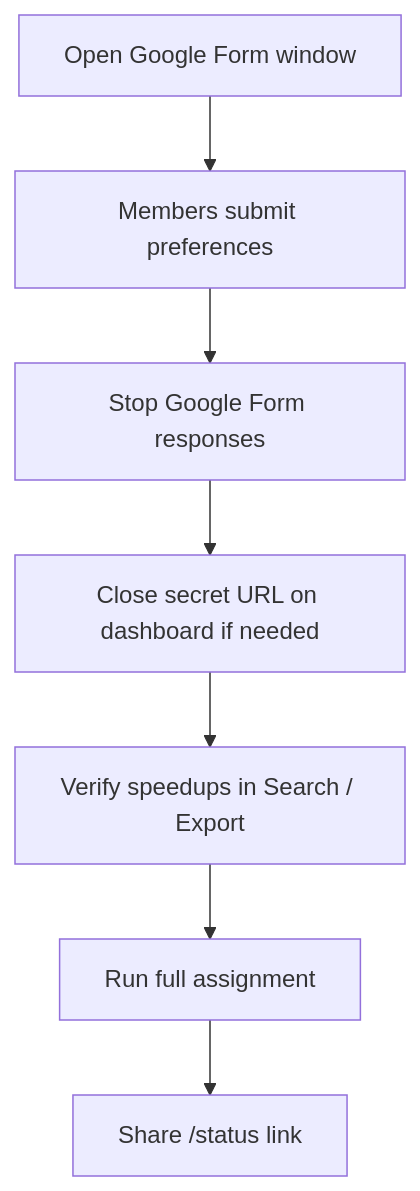
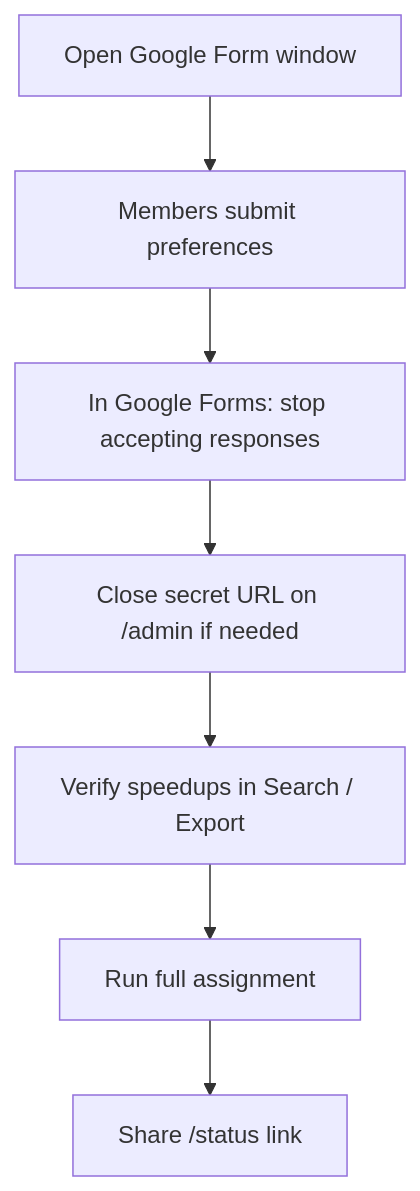
One commit to SxxM131/wos1234 changed the diagram in docs/ADMIN_GUIDE_QUICKSTART_EN.md. Above: the diagram before and after it, drawn with Mermaid. The commit also changed other lines of this file and 7 other files, not shown here.

````diff
--- a/docs/ADMIN_GUIDE_QUICKSTART_EN.md
+++ b/docs/ADMIN_GUIDE_QUICKSTART_EN.md
@@ -22,9 +22,9 @@
 ```mermaid
 flowchart TD
   A[Open Google Form window] --> B[Members submit preferences]
-  B --> C[Stop Google Form responses]
-  C --> D[Close secret URL on dashboard if needed]
+  B --> C[In Google Forms: stop accepting responses]
+  C --> D[Close secret URL on /admin if needed]
   D --> E[Verify speedups in Search / Export]
   E --> F[Run full assignment]
   F --> G[Share /status link]
 ```
````
